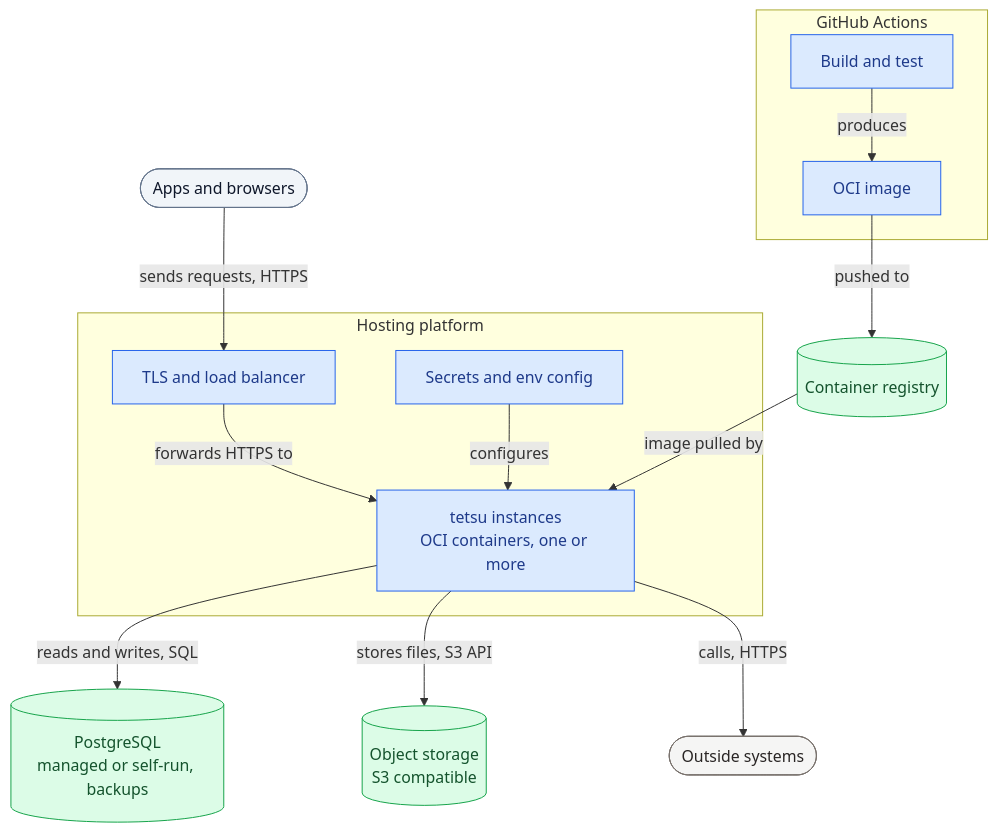
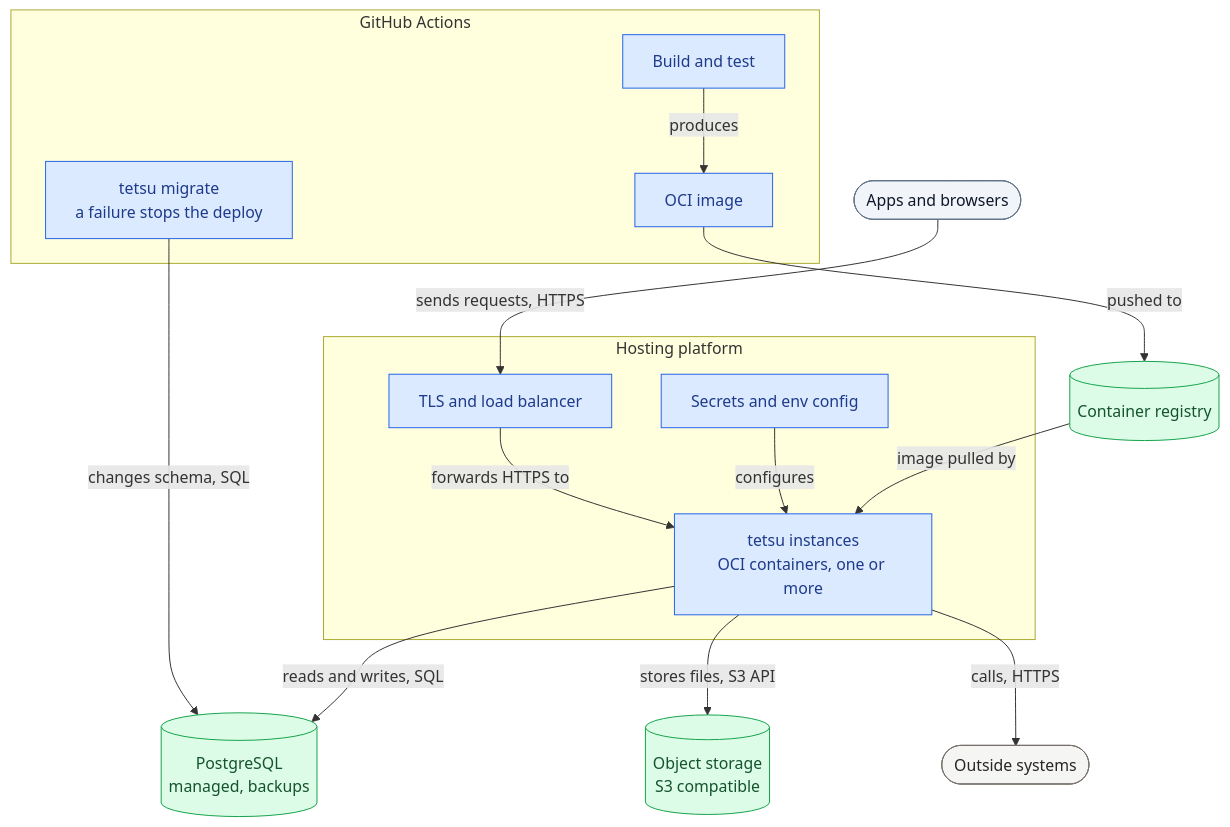
One commit to heavymedl-labs/tetsu changed the seventh of 7 diagrams in ARCHITECTURE.md. Above: the diagram before and after it, drawn with Mermaid. The commit also changed other lines of this file and 3 other files, not shown here.

````diff
--- a/ARCHITECTURE.md
+++ b/ARCHITECTURE.md
@@ -291,40 +292,42 @@
 ```mermaid
 flowchart TB
     accTitle: Deployment
-    accDescr: GitHub Actions builds and tests Tetsu and produces an OCI image, which is pushed to a container registry. One or more tetsu instances on a hosting platform pull the image from it. Apps and browsers reach the instances over HTTPS through TLS and a load balancer, which forwards to them. Secrets and environment config configure the instances. Instances use PostgreSQL over SQL, object storage over the S3 API, and outside systems over HTTPS.
+    accDescr: GitHub Actions builds and tests Tetsu and produces an OCI image, which is pushed to a container registry. GitHub Actions then runs tetsu migrate against PostgreSQL, and a failure stops the deploy. One or more tetsu instances on a hosting platform pull the image from it. Apps and browsers reach the instances over HTTPS through TLS and a load balancer, which forwards to them. Secrets and environment config configure the instances. Instances use PostgreSQL over SQL, object storage over the S3 API, and outside systems over HTTPS.
 
     subgraph ci[GitHub Actions]
         build[Build and test] -- produces --> image[OCI image]
+        migrate[tetsu migrate<br/>a failure stops the deploy]
     end
 
     registry[(Container registry)]
     clients([Apps and browsers])
 
     subgraph host[Hosting platform]
         lb[TLS and load balancer]
         app["tetsu instances<br/>OCI containers, one or more"]
         config[Secrets and env config]
         lb -- forwards HTTPS to --> app
         config -- configures --> app
     end
 
-    pg[("PostgreSQL<br/>managed or self-run, backups")]
+    pg[("PostgreSQL<br/>managed, backups")]
     files[("Object storage<br/>S3 compatible")]
     outside([Outside systems])
 
     image -- pushed to --> registry
+    migrate -- changes schema, SQL --> pg
     registry -- image pulled by --> app
     clients -- sends requests, HTTPS --> lb
     app -- reads and writes, SQL --> pg
     app -- stores files, S3 API --> files
     app -- calls, HTTPS --> outside
 
     classDef actor fill:#f1f5f9,stroke:#64748b,color:#0f172a
     classDef ours fill:#dbeafe,stroke:#2563eb,color:#1e3a8a
     classDef store fill:#dcfce7,stroke:#16a34a,color:#14532d
     classDef external fill:#f5f5f4,stroke:#78716c,color:#292524
     class clients actor
-    class build,image,app,lb,config ours
+    class build,image,migrate,app,lb,config ours
     class pg,registry,files store
     class outside external
 ```
````
